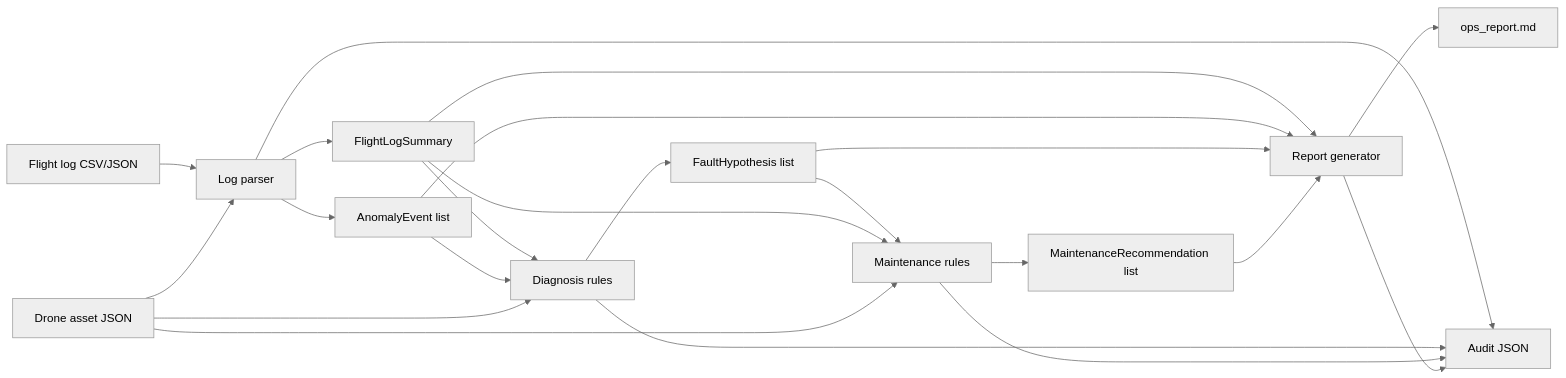
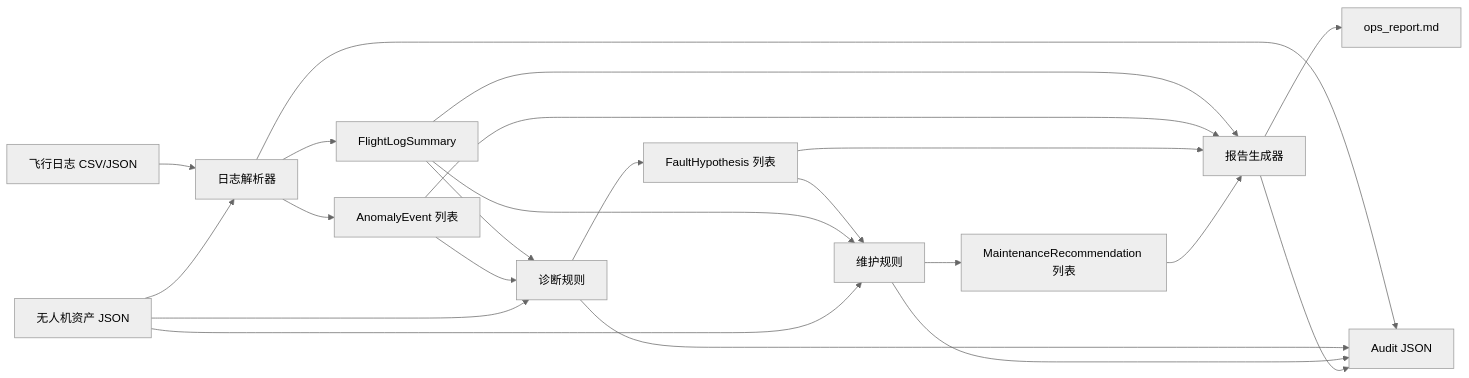
The diagram in docs/superpowers/specs/2026-06-24-drone-ops-agent-design.md (CHENKEYU0731/drone-ops-agent), drawn with Mermaid (neutral theme) before and after one commit. The commit also changed other lines of this file and 85 other files, not shown here.

````diff
--- a/docs/superpowers/specs/2026-06-24-drone-ops-agent-design.md
+++ b/docs/superpowers/specs/2026-06-24-drone-ops-agent-design.md
@@ -91,24 +95,24 @@
 ```mermaid
 flowchart LR
-  A["Flight log CSV/JSON"] --> B["Log parser"]
-  C["Drone asset JSON"] --> B
+  A["飞行日志 CSV/JSON"] --> B["日志解析器"]
+  C["无人机资产 JSON"] --> B
   B --> D["FlightLogSummary"]
-  B --> E["AnomalyEvent list"]
-  D --> F["Diagnosis rules"]
+  B --> E["AnomalyEvent 列表"]
+  D --> F["诊断规则"]
   E --> F
   C --> F
-  F --> G["FaultHypothesis list"]
-  G --> H["Maintenance rules"]
+  F --> G["FaultHypothesis 列表"]
+  G --> H["维护规则"]
   D --> H
   C --> H
-  H --> I["MaintenanceRecommendation list"]
-  D --> J["Report generator"]
+  H --> I["MaintenanceRecommendation 列表"]
+  D --> J["报告生成器"]
   E --> J
   G --> J
   I --> J
   J --> K["ops_report.md"]
   B --> L["Audit JSON"]
   F --> L
   H --> L
   J --> L
 ```
````
